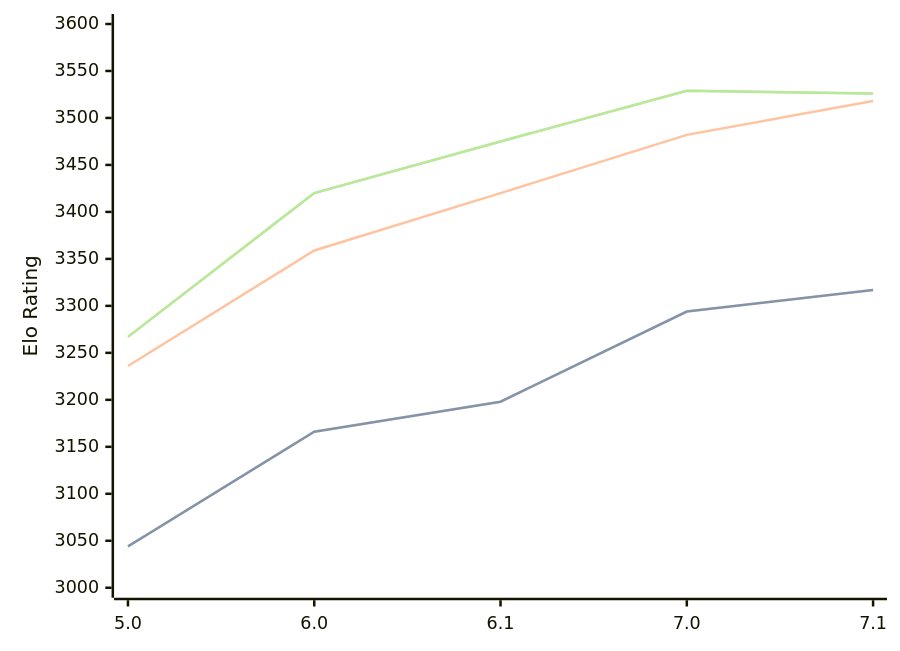
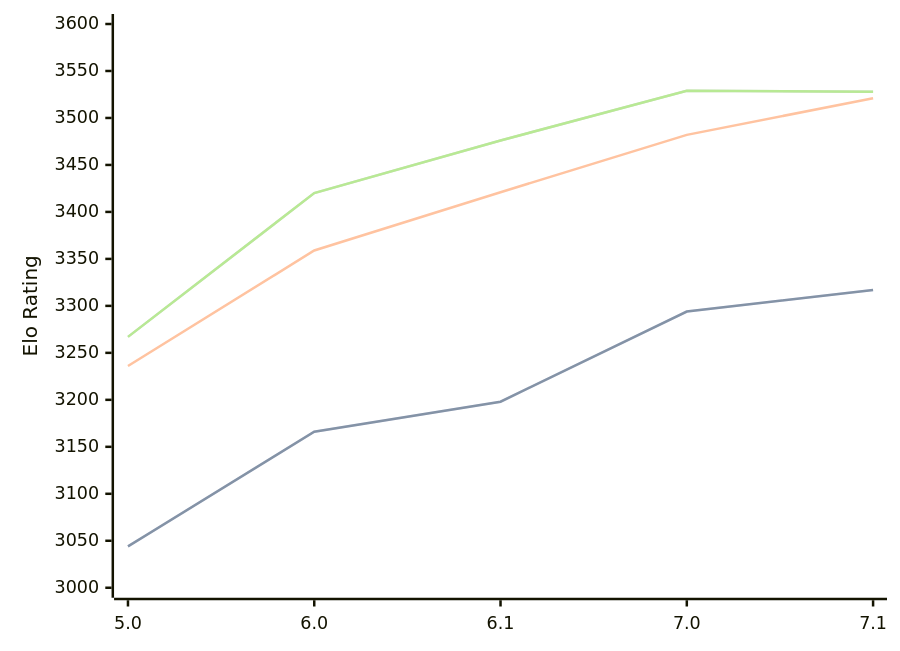
The diagram in engines/PZChessBot.md (computer-chess-index/cci), drawn with Mermaid before and after one commit. The commit also changed other lines of this file, not shown here.

Commit message:
Update CCI Ratings (ELO VLTC) - 2026-08-25

````diff
--- a/engines/PZChessBot.md
+++ b/engines/PZChessBot.md
@@ -35,11 +35,11 @@
 ```mermaid
 %%{init: {"theme":"base","themeVariables":{"seriesColors:['#a3a3a3','#222221','#faa371']}}}%%
 xychart-beta
   x-axis ["5.0", "6.0", "6.1", "7.0", "7.1"]
   y-axis "Elo Rating" 3000 --> 3600
   line "STC (8.0+0.08s)" [3044, 3166, 3198, 3294, 3317]
   line "STC (8.0+0.08s)" [3044, 3166, 3198, 3294, 3317]
-  line "LTC (60.0+0.60s)" [3236, 3359, 3420, 3482, 3518]
-  line "VLTC (2m24s+1.12s)" [3267, 3420, 3475, 3529, 3526]
-  line "VLTC (2m24s+1.12s)" [3267, 3420, 3475, 3529, 3526]
+  line "LTC (60.0+0.60s)" [3236, 3359, 3421, 3482, 3521]
+  line "VLTC (2m24s+1.12s)" [3267, 3420, 3476, 3529, 3528]
+  line "VLTC (2m24s+1.12s)" [3267, 3420, 3476, 3529, 3528]
 ```
````
